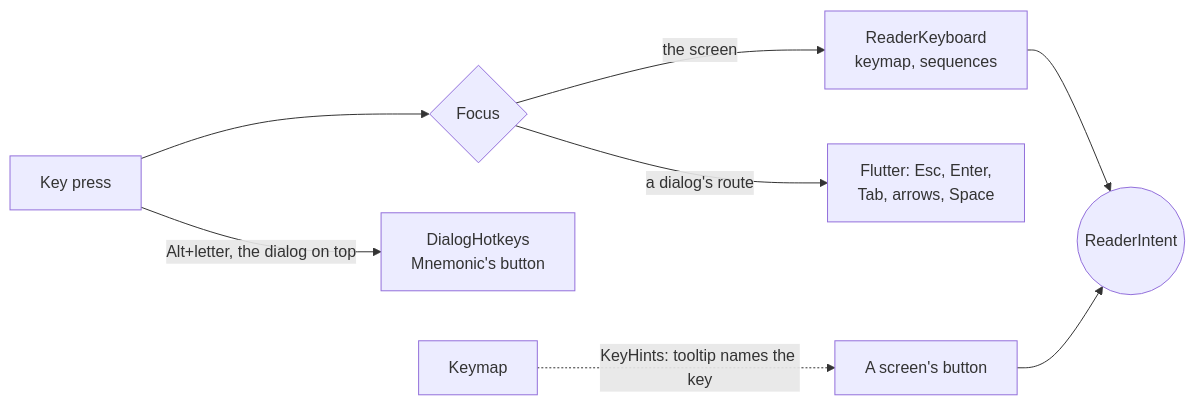
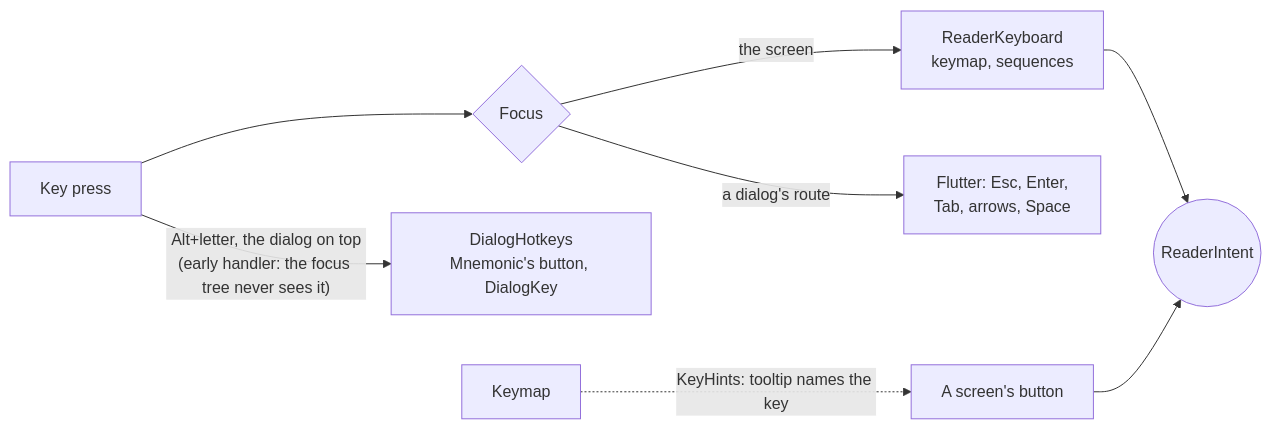
The fourth of 11 diagrams in docs/architecture.md (snonux/comicredr), drawn with Mermaid before and after one commit. The commit also changed other lines of this file and 29 other files, not shown here.

````diff
--- a/docs/architecture.md
+++ b/docs/architecture.md
@@ -140,9 +144,9 @@
 ```mermaid
 flowchart LR
   key["Key press"] --> where{"Focus"}
   where -- "the screen" --> rk["ReaderKeyboard<br/>keymap, sequences"] --> intent(("ReaderIntent"))
-  key -- "Alt+letter, the dialog on top" --> dh["DialogHotkeys<br/>Mnemonic's button"]
+  key -- "Alt+letter, the dialog on top<br/>(early handler: the focus tree never sees it)" --> dh["DialogHotkeys<br/>Mnemonic's button, DialogKey"]
   where -- "a dialog's route" --> fl["Flutter: Esc, Enter,<br/>Tab, arrows, Space"]
   button["A screen's button"] --> intent
   keymap["Keymap"] -. "KeyHints: tooltip names the key" .-> button
 ```
````
